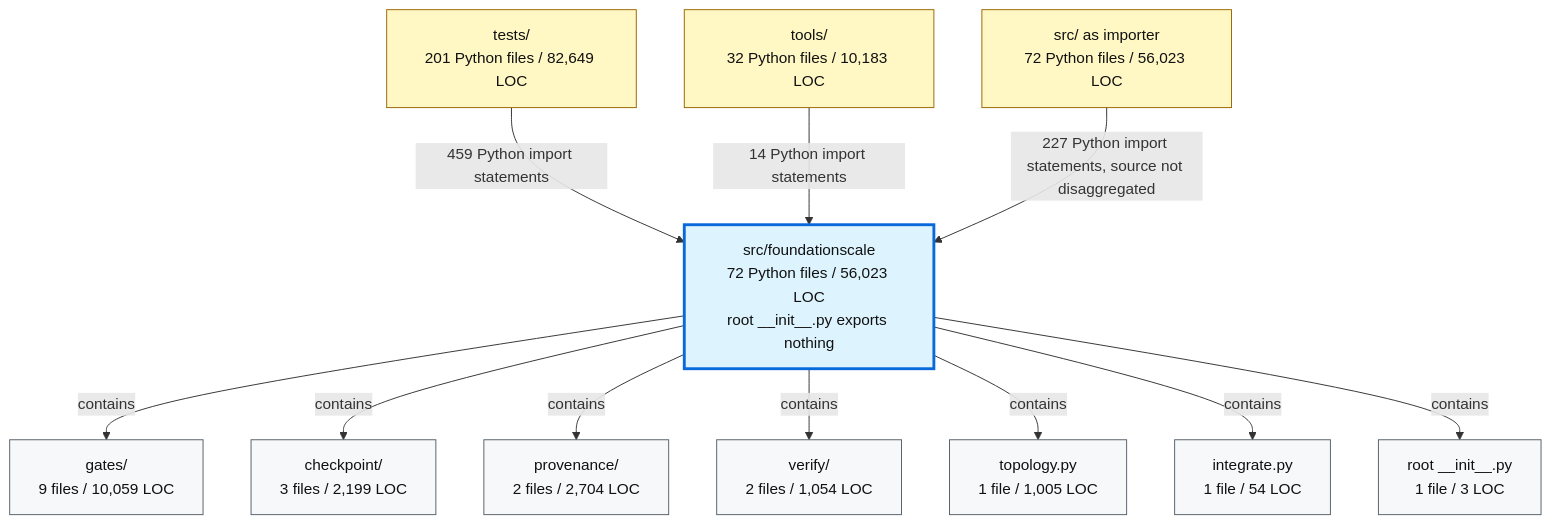
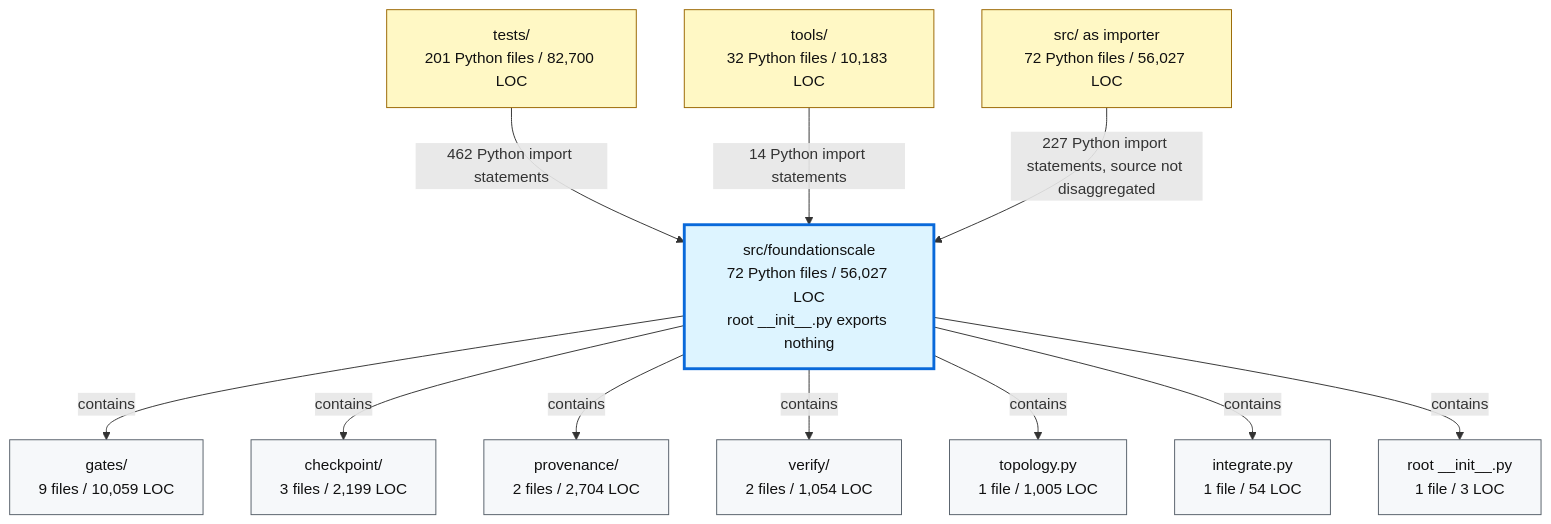
The second of 2 diagrams in docs/review/D2_current_architecture.md (TranNhiem/FoundationScale), drawn with Mermaid before and after one commit. The commit also changed other lines of this file and 12 other files, not shown here.

````diff
--- a/docs/review/D2_current_architecture.md
+++ b/docs/review/D2_current_architecture.md
@@ -97,36 +97,36 @@
 ```mermaid
 flowchart TB
-  TESTS["tests/<br/>201 Python files / 82,649 LOC"]
+  TESTS["tests/<br/>201 Python files / 82,700 LOC"]
   TOOLS["tools/<br/>32 Python files / 10,183 LOC"]
-  SRC["src/ as importer<br/>72 Python files / 56,023 LOC"]
+  SRC["src/ as importer<br/>72 Python files / 56,027 LOC"]
 
-  FS["src/foundationscale<br/>72 Python files / 56,023 LOC<br/>root __init__.py exports nothing"]
+  FS["src/foundationscale<br/>72 Python files / 56,027 LOC<br/>root __init__.py exports nothing"]
 
   GATES["gates/<br/>9 files / 10,059 LOC"]
   CKPT["checkpoint/<br/>3 files / 2,199 LOC"]
   PROV["provenance/<br/>2 files / 2,704 LOC"]
   VERIFY["verify/<br/>2 files / 1,054 LOC"]
   TOPO["topology.py<br/>1 file / 1,005 LOC"]
   INTEG["integrate.py<br/>1 file / 54 LOC"]
   ROOT["root __init__.py<br/>1 file / 3 LOC"]
 
-  TESTS -->|"459 Python import statements"| FS
+  TESTS -->|"462 Python import statements"| FS
   TOOLS -->|"14 Python import statements"| FS
   SRC -->|"227 Python import statements, source not disaggregated"| FS
 
   FS -->|"contains"| GATES
   FS -->|"contains"| CKPT
   FS -->|"contains"| PROV
   FS -->|"contains"| VERIFY
   FS -->|"contains"| TOPO
   FS -->|"contains"| INTEG
   FS -->|"contains"| ROOT
 
   classDef consumer fill:#fff8c5,stroke:#9a6700,color:#111;
   classDef package fill:#ddf4ff,stroke:#0969da,stroke-width:3px,color:#111;
   classDef module fill:#f6f8fa,stroke:#57606a,color:#111;
 
   class TESTS,TOOLS,SRC consumer;
   class FS package;
   class GATES,CKPT,PROV,VERIFY,TOPO,INTEG,ROOT module;
 ```
````
